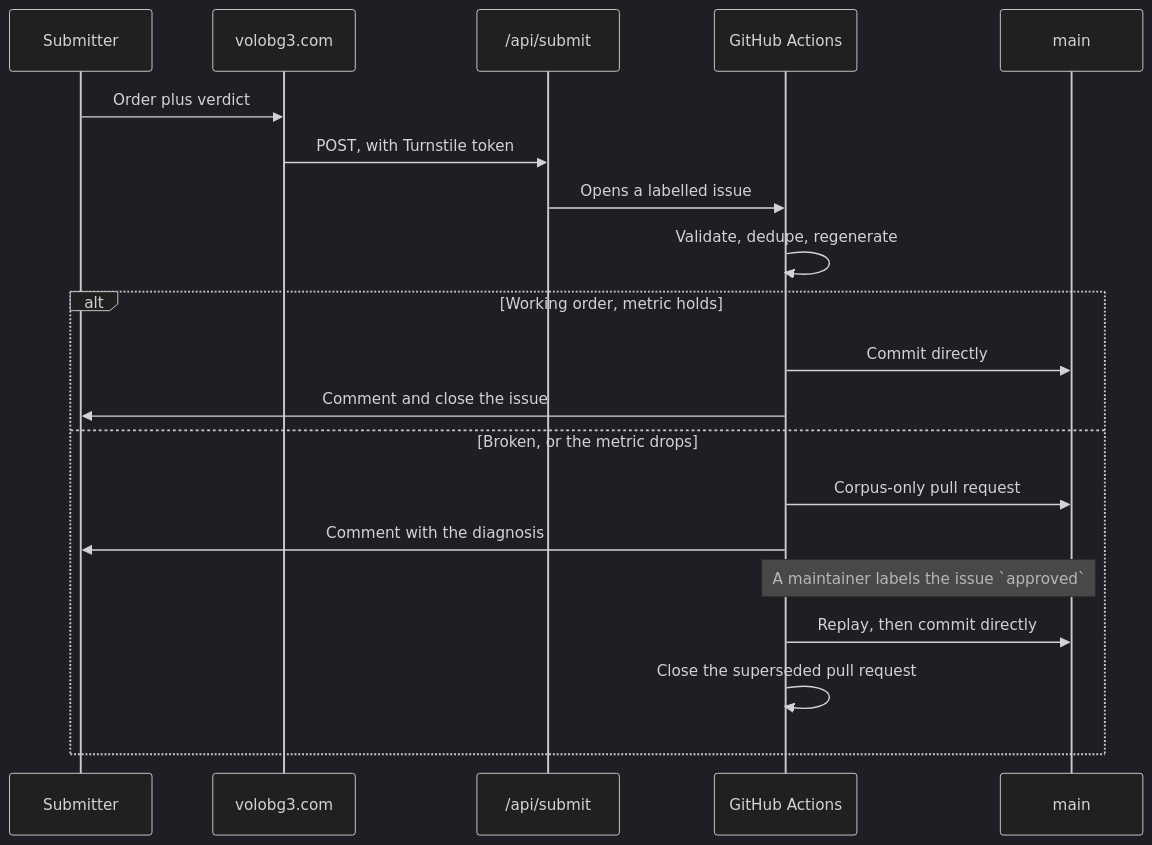
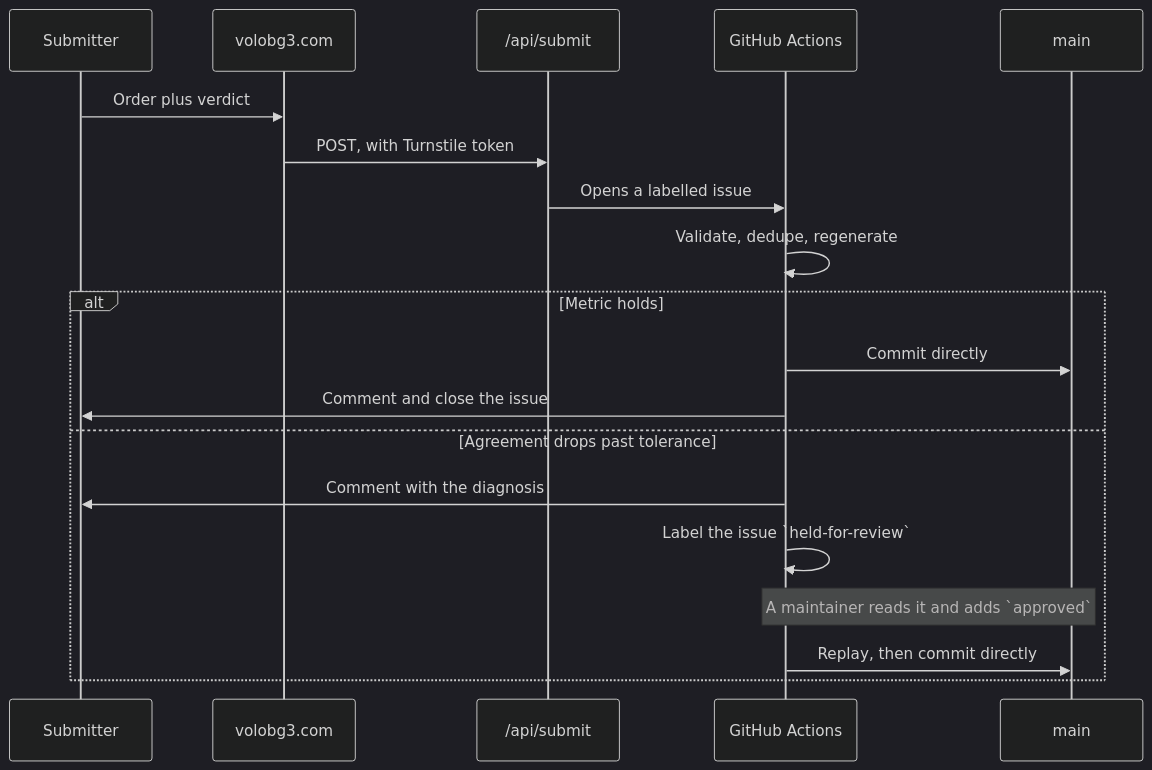
Before and after one commit to Moonie8t7/VOLO: the diagram in docs/workflow.md, drawn with Mermaid (dark theme). The commit also changed other lines of this file and 2 other files, not shown here.

First line of the commit message:
Let a held order wait on its issue instead of a branch

````diff
--- a/docs/workflow.md
+++ b/docs/workflow.md
@@ -106,23 +106,22 @@
 ```mermaid
 sequenceDiagram
     participant U as Submitter
     participant S as volobg3.com
     participant F as /api/submit
     participant A as GitHub Actions
     participant M as main
 
     U->>S: Order plus verdict
     S->>F: POST, with Turnstile token
     F->>A: Opens a labelled issue
     A->>A: Validate, dedupe, regenerate
-    alt Working order, metric holds
+    alt Metric holds
         A->>M: Commit directly
         A->>U: Comment and close the issue
-    else Broken, or the metric drops
-        A->>M: Corpus-only pull request
+    else Agreement drops past tolerance
         A->>U: Comment with the diagnosis
-        Note over A,M: A maintainer labels the issue `approved`
+        A->>A: Label the issue `held-for-review`
+        Note over A,M: A maintainer reads it and adds `approved`
         A->>M: Replay, then commit directly
-        A->>A: Close the superseded pull request
     end
 ```
````
